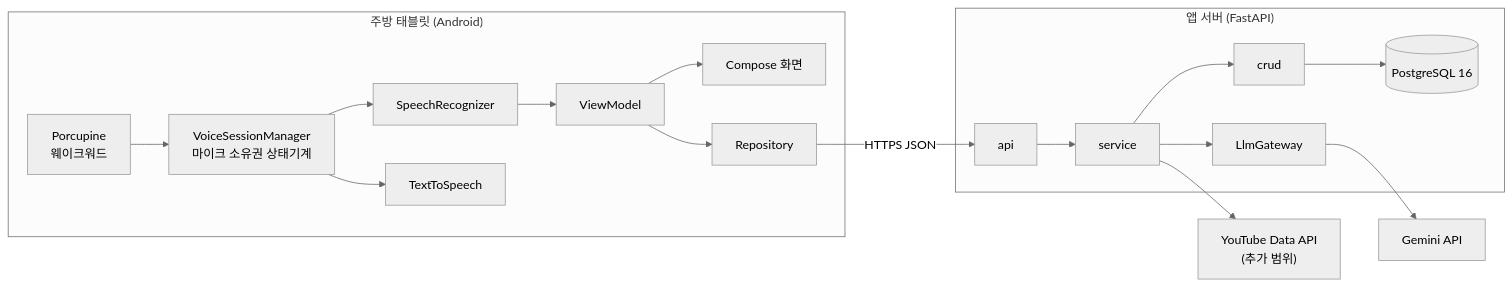
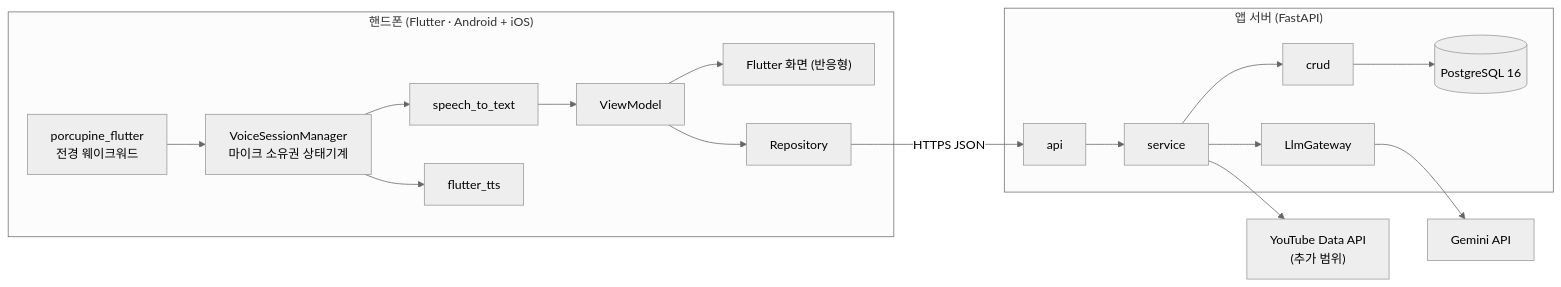
One commit to pis-o-cake/today-meal changed the first of 4 diagrams in docs/architecture/README.md. Above: the diagram before and after it, drawn with Mermaid (neutral theme). The commit also changed other lines of this file and 52 other files, not shown here.

````diff
--- a/docs/architecture/README.md
+++ b/docs/architecture/README.md
@@ -18,20 +18,20 @@
 ```mermaid
 flowchart LR
-    subgraph TAB["주방 태블릿 (Android)"]
-        WW["Porcupine<br/>웨이크워드"] --> VSM["VoiceSessionManager<br/>마이크 소유권 상태기계"]
-        VSM --> STT["SpeechRecognizer"]
-        VSM --> TTS["TextToSpeech"]
+    subgraph TAB["핸드폰 (Flutter · Android + iOS)"]
+        WW["porcupine_flutter<br/>전경 웨이크워드"] --> VSM["VoiceSessionManager<br/>마이크 소유권 상태기계"]
+        VSM --> STT["speech_to_text"]
+        VSM --> TTS["flutter_tts"]
         STT --> VM["ViewModel"]
-        VM --> UI["Compose 화면"]
+        VM --> UI["Flutter 화면 (반응형)"]
         VM --> REPO["Repository"]
     end
     subgraph SRV["앱 서버 (FastAPI)"]
         API["api"] --> SVC["service"]
         SVC --> CRUD["crud"]
         CRUD --> DB[("PostgreSQL 16")]
         SVC --> GW["LlmGateway"]
     end
     REPO -->|HTTPS JSON| API
     GW --> GEM["Gemini API"]
     SVC --> YT["YouTube Data API<br/>(추가 범위)"]
 ```
````
